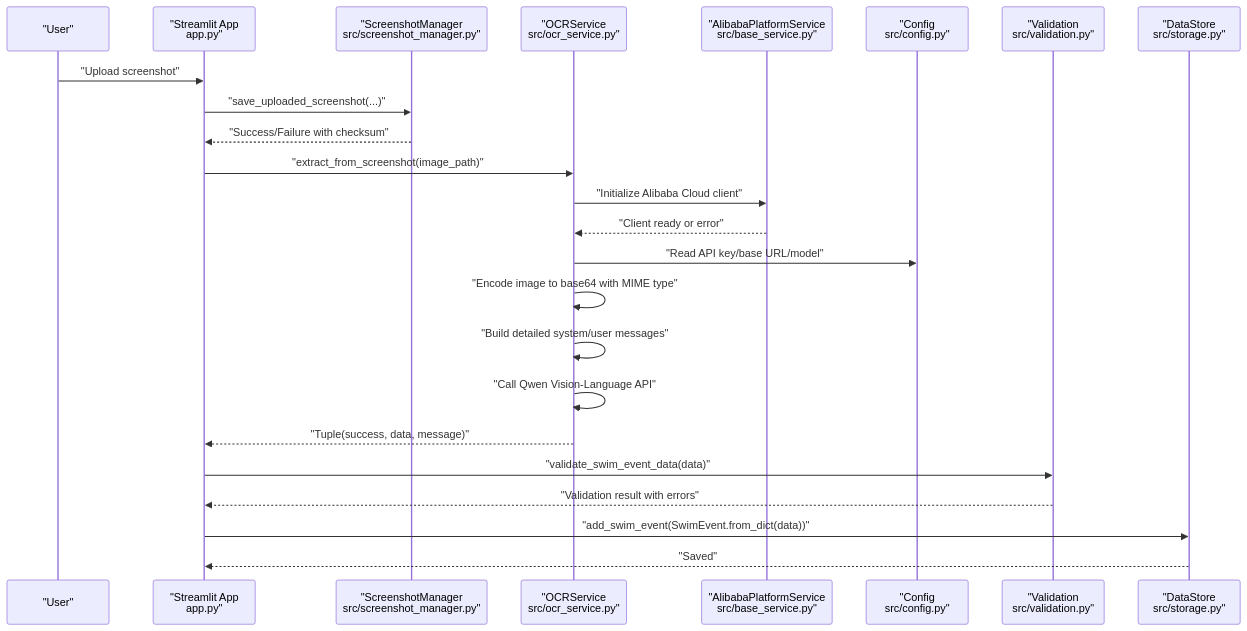
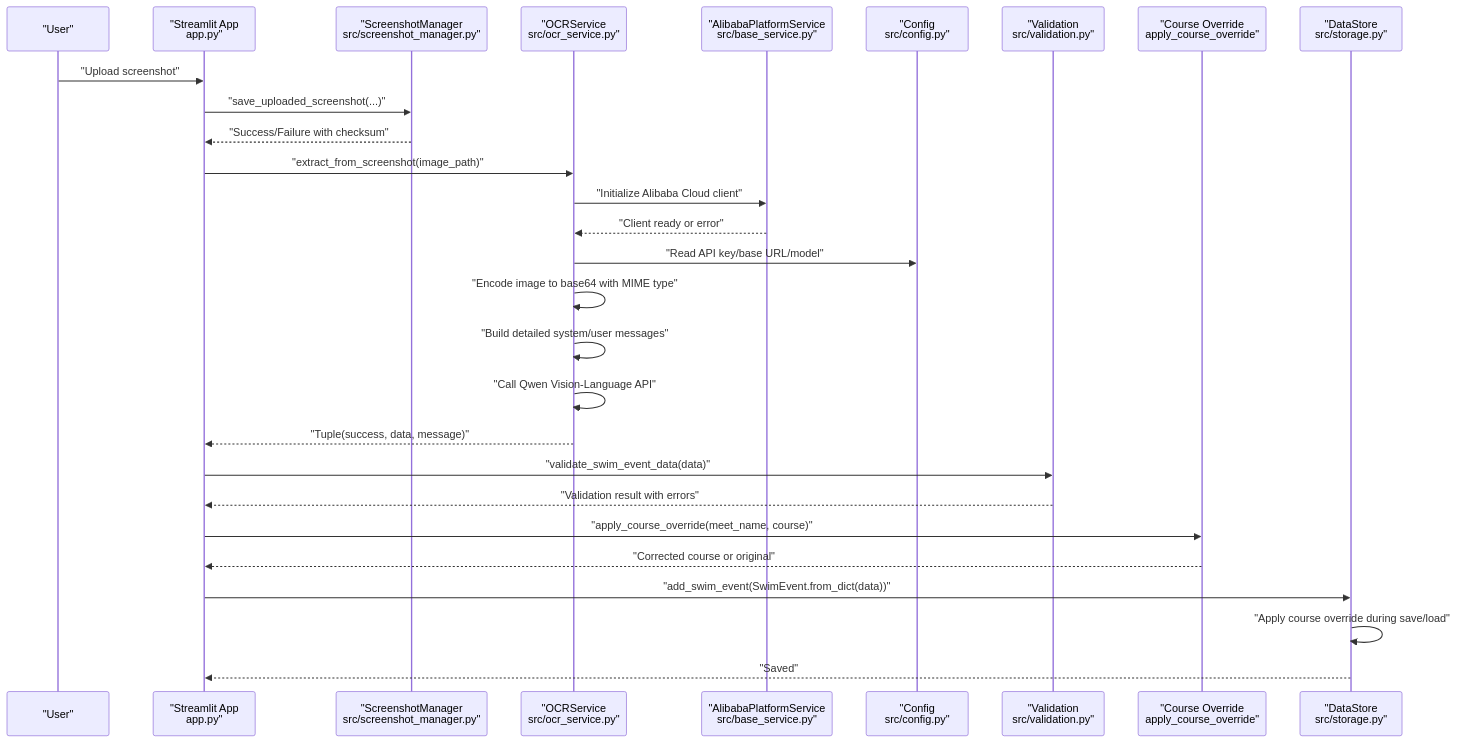
The second of 9 diagrams in .qoder/repowiki/en/content/Feature Modules/OCR Integration.md (Johnny22056/SwimingStatus), drawn with Mermaid before and after one commit. The commit also changed other lines of this file and 4 other files, not shown here.

First line of the commit message:
feat: UI polish across all pages, icon updates, course override additions

````diff
--- a/.qoder/repowiki/en/content/Feature Modules/OCR Integration.md
+++ b/.qoder/repowiki/en/content/Feature Modules/OCR Integration.md
@@ -127,26 +139,30 @@
 ```mermaid
 sequenceDiagram
 participant User as "User"
 participant UI as "Streamlit App<br/>app.py"
 participant SM as "ScreenshotManager<br/>src/screenshot_manager.py"
 participant OCR as "OCRService<br/>src/ocr_service.py"
 participant BASE as "AlibabaPlatformService<br/>src/base_service.py"
 participant CFG as "Config<br/>src/config.py"
 participant VAL as "Validation<br/>src/validation.py"
+participant CO as "Course Override<br/>apply_course_override"
 participant DS as "DataStore<br/>src/storage.py"
 User->>UI : "Upload screenshot"
 UI->>SM : "save_uploaded_screenshot(...)"
 SM-->>UI : "Success/Failure with checksum"
 UI->>OCR : "extract_from_screenshot(image_path)"
 OCR->>BASE : "Initialize Alibaba Cloud client"
 BASE-->>OCR : "Client ready or error"
 OCR->>CFG : "Read API key/base URL/model"
 OCR->>OCR : "Encode image to base64 with MIME type"
 OCR->>OCR : "Build detailed system/user messages"
 OCR->>OCR : "Call Qwen Vision-Language API"
 OCR-->>UI : "Tuple(success, data, message)"
 UI->>VAL : "validate_swim_event_data(data)"
 VAL-->>UI : "Validation result with errors"
+UI->>CO : "apply_course_override(meet_name, course)"
+CO-->>UI : "Corrected course or original"
 UI->>DS : "add_swim_event(SwimEvent.from_dict(data))"
+DS->>DS : "Apply course override during save/load"
 DS-->>UI : "Saved"
 ```
````
